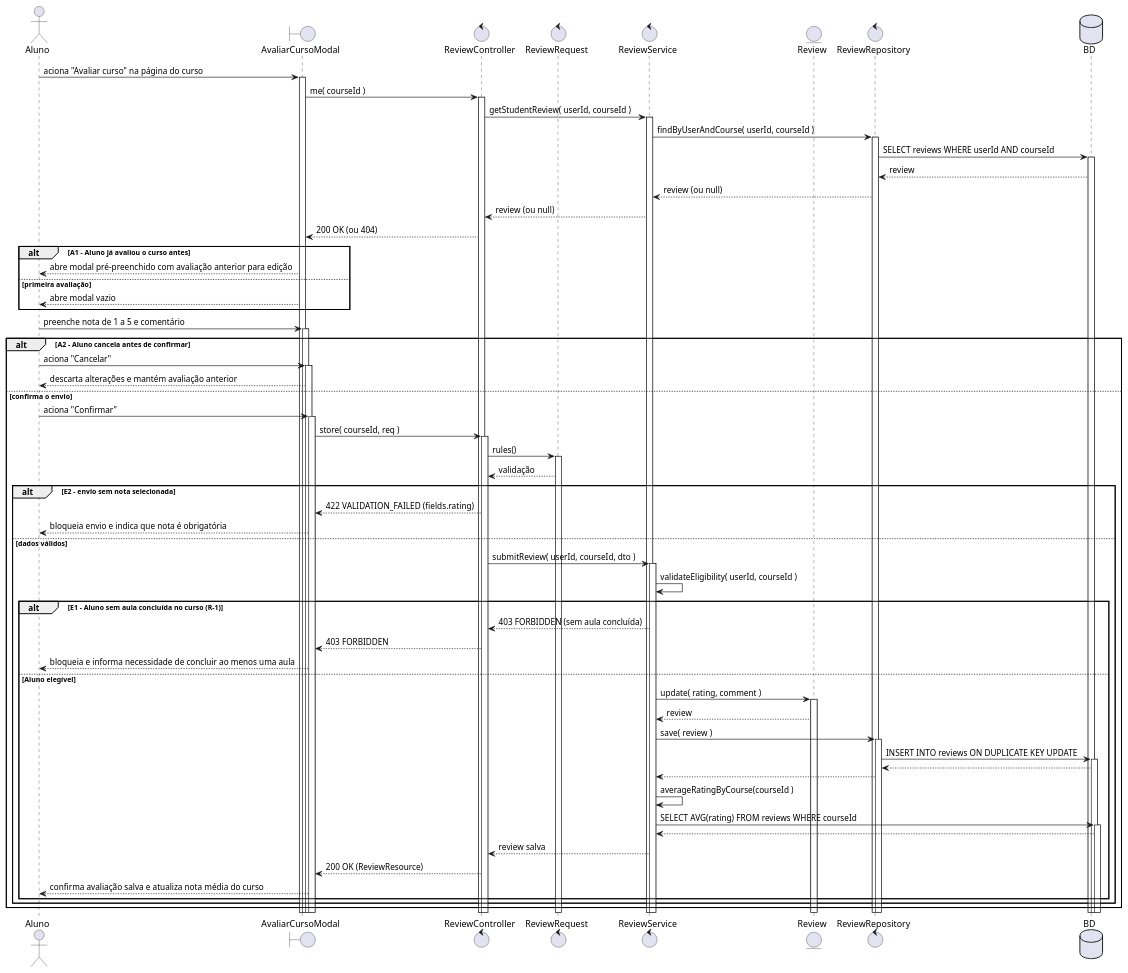
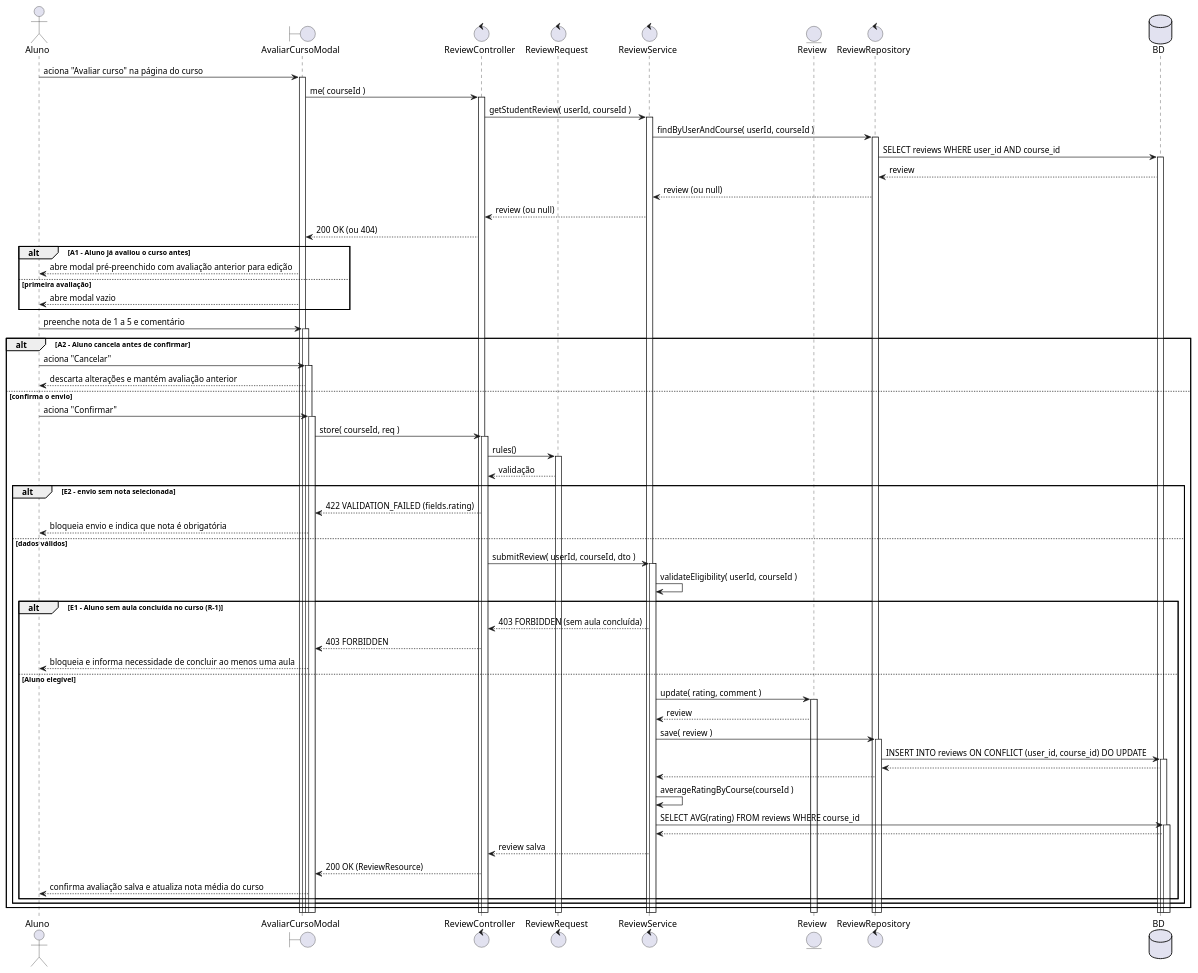
One commit to Plataforma-de-Cursos-TCC/plataforma-cursos-docs changed the diagram in scripts/drawio-seqgen/exemplos/14-sequencia-uc010.puml. Above: the diagram before and after it, drawn with PlantUML. The commit also changed 15 other files, not shown here.

First line of the commit message:
docs(diagrama-de-sequencia): align Area C sequences with the approved decisions

```diff
--- a/scripts/drawio-seqgen/exemplos/14-sequencia-uc010.puml
+++ b/scripts/drawio-seqgen/exemplos/14-sequencia-uc010.puml
@@ -3,59 +3,59 @@
 @startuml 14-sequencia-uc010
 actor Aluno
 boundary AvaliarCursoModal
 control ReviewController
 control ReviewRequest
 control ReviewService
 entity Review
 control ReviewRepository
 database BD
 Aluno -> AvaliarCursoModal ++ : aciona "Avaliar curso" na página do curso
 AvaliarCursoModal -> ReviewController ++ : me( courseId )
 ReviewController -> ReviewService ++ : getStudentReview( userId, courseId )
 ReviewService -> ReviewRepository ++ : findByUserAndCourse( userId, courseId )
-ReviewRepository -> BD ++ : SELECT reviews WHERE userId AND courseId
+ReviewRepository -> BD ++ : SELECT reviews WHERE user_id AND course_id
 BD --> ReviewRepository : review
 ReviewRepository --> ReviewService : review (ou null)
 ReviewService --> ReviewController : review (ou null)
 ReviewController --> AvaliarCursoModal : 200 OK (ou 404)
 alt A1 - Aluno já avaliou o curso antes
 AvaliarCursoModal --> Aluno : abre modal pré-preenchido com avaliação anterior para edição
 else primeira avaliação
 AvaliarCursoModal --> Aluno : abre modal vazio
 end
 Aluno -> AvaliarCursoModal ++ : preenche nota de 1 a 5 e comentário
 alt A2 - Aluno cancela antes de confirmar
 Aluno -> AvaliarCursoModal ++ : aciona "Cancelar"
 AvaliarCursoModal --> Aluno : descarta alterações e mantém avaliação anterior
 else confirma o envio
 Aluno -> AvaliarCursoModal ++ : aciona "Confirmar"
 AvaliarCursoModal -> ReviewController ++ : store( courseId, req )
 ReviewController -> ReviewRequest ++ : rules()
 ReviewRequest --> ReviewController : validação
 alt E2 - envio sem nota selecionada
 ReviewController --> AvaliarCursoModal : 422 VALIDATION_FAILED (fields.rating)
 AvaliarCursoModal --> Aluno : bloqueia envio e indica que nota é obrigatória
 else dados válidos
 ReviewController -> ReviewService ++ : submitReview( userId, courseId, dto )
 ReviewService -> ReviewService : validateEligibility( userId, courseId )
 alt E1 - Aluno sem aula concluída no curso (R-1)
 ReviewService --> ReviewController : 403 FORBIDDEN (sem aula concluída)
 ReviewController --> AvaliarCursoModal : 403 FORBIDDEN
 AvaliarCursoModal --> Aluno : bloqueia e informa necessidade de concluir ao menos uma aula
 else Aluno elegível
 ReviewService -> Review ++ : update( rating, comment )
 Review --> ReviewService : review
 ReviewService -> ReviewRepository ++ : save( review )
-ReviewRepository -> BD ++ : INSERT INTO reviews ON DUPLICATE KEY UPDATE
+ReviewRepository -> BD ++ : INSERT INTO reviews ON CONFLICT (user_id, course_id) DO UPDATE
 BD --> ReviewRepository
 ReviewRepository --> ReviewService
 ReviewService -> ReviewService : averageRatingByCourse(courseId )
-ReviewService -> BD ++ : SELECT AVG(rating) FROM reviews WHERE courseId
+ReviewService -> BD ++ : SELECT AVG(rating) FROM reviews WHERE course_id
 BD --> ReviewService
 ReviewService --> ReviewController : review salva
 ReviewController --> AvaliarCursoModal : 200 OK (ReviewResource)
 AvaliarCursoModal --> Aluno : confirma avaliação salva e atualiza nota média do curso
 end
 end
 end
 @enduml
```
